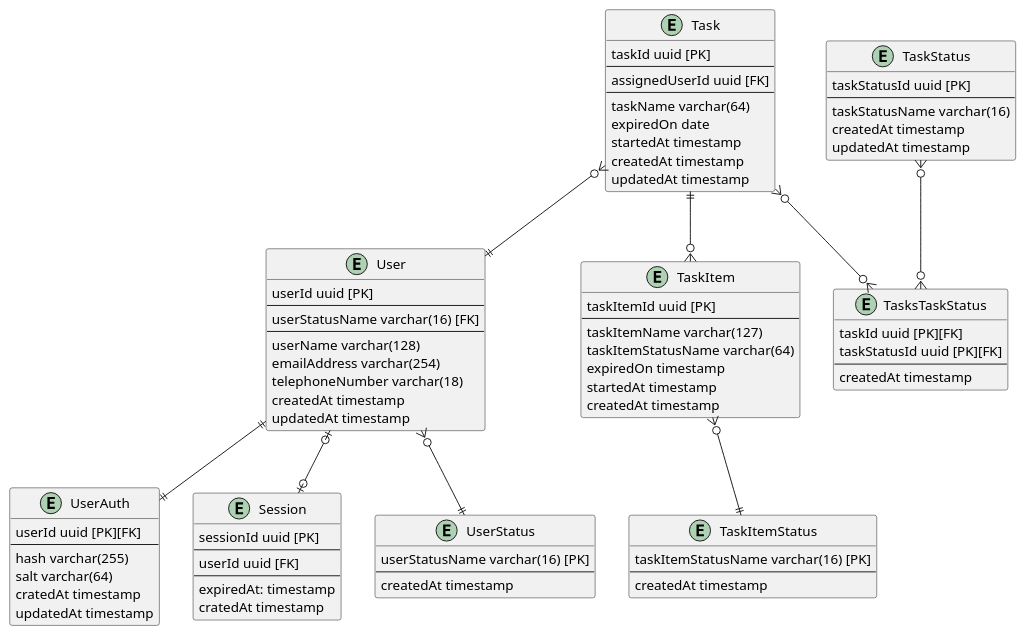
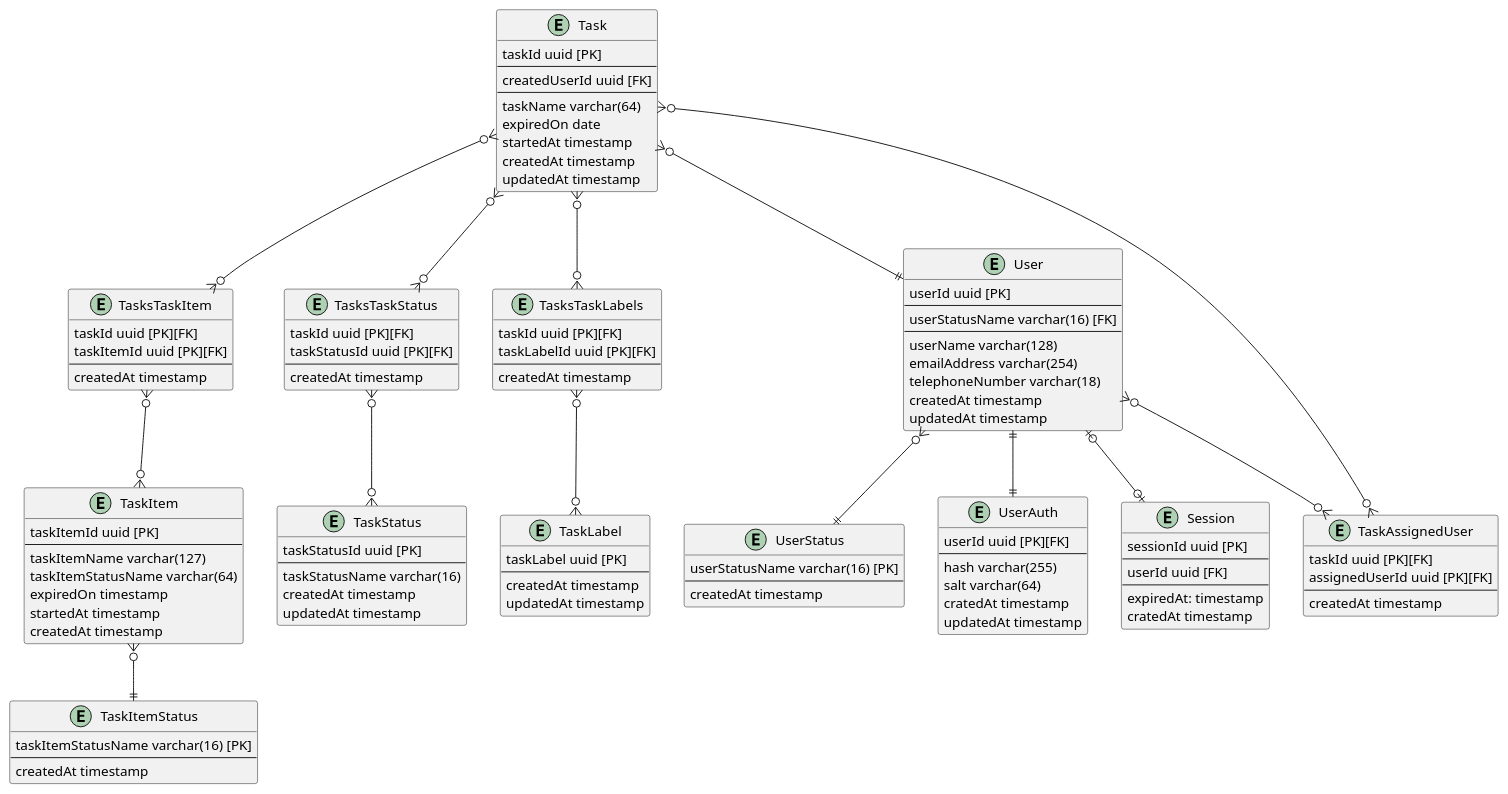
One commit to akima1001/task-management changed the diagram in doc/er.pu. Above: the diagram before and after it, drawn with PlantUML. The commit also changed 1 other file, not shown here.

```diff
--- a/doc/er.pu
+++ b/doc/er.pu
@@ -1,93 +1,134 @@
 @startuml er
 ' timestamp = timestamp with time zone
 
+' Task集約
 entity "Task" as t {
     taskId uuid [PK]
     --
-    assignedUserId uuid [FK]
+    createdUserId uuid [FK]
     --
     taskName varchar(64)
     expiredOn date
     startedAt timestamp
     createdAt timestamp
     updatedAt timestamp
 }
 
+entity "TaskItem" as t_i {
+    taskItemId uuid [PK]
+    --
+    taskItemName varchar(127)
+    taskItemStatusName varchar(64)
+    expiredOn timestamp
+    startedAt timestamp
+    createdAt timestamp
+}
+
+entity "TaskStatus" as t_s {
+    taskStatusId uuid [PK]
+    --
+    taskStatusName varchar(16)
+    createdAt timestamp
+    updatedAt timestamp
+}
+
+entity "TaskItemStatus" as t_i_s {
+    taskItemStatusName varchar(16) [PK]
+    --
+    createdAt timestamp
+}
+
+entity "TaskLabel" as t_l {
+    taskLabel uuid [PK]
+    --
+    createdAt timestamp
+    updatedAt timestamp
+}
+
+' 多対多
+entity "TasksTaskItem" as t_t_i {
+    taskId uuid [PK][FK]
+    taskItemId uuid [PK][FK]
+    --
+    createdAt timestamp
+}
+entity "TasksTaskStatus" as t_t_s {
+    taskId uuid [PK][FK]
+    taskStatusId uuid [PK][FK]
+    --
+    createdAt timestamp
+}
+entity "TasksTaskLabels" as t_t_l {
+    taskId uuid [PK][FK]
+    taskLabelId uuid [PK][FK]
+    --
+    createdAt timestamp
+}
+
+' User集約
 entity "User" as u {
     userId uuid [PK]
     --
     userStatusName varchar(16) [FK]
     --
     userName varchar(128)
     emailAddress varchar(254)
     telephoneNumber varchar(18)
     createdAt timestamp
     updatedAt timestamp
+}
+
+entity "UserStatus" as u_s {
+    userStatusName varchar(16) [PK]
+    --
+    createdAt timestamp
 }
 
 entity "UserAuth" as u_a {
     userId uuid [PK][FK]
     ---
     hash varchar(255)
     salt varchar(64)
     cratedAt timestamp
     updatedAt timestamp
 }
 
 entity "Session" as s {
     sessionId uuid [PK]
     ---
     userId uuid [FK]
     ---
     expiredAt: timestamp
     cratedAt timestamp
 }
 
-entity "UserStatus" as u_s {
-    userStatusName varchar(16) [PK]
+' 複合/横断
+' 多対多
+entity "TaskAssignedUser" as t_a_u {
+    taskId uuid [PK][FK]
+    assignedUserId uuid [PK][FK]
     --
     createdAt timestamp
 }
 
-
-entity "TaskStatus" as t_s {
-    taskStatusId uuid [PK]
-    --
-    taskStatusName varchar(16)
-    createdAt timestamp
-    updatedAt timestamp
-}
-
-entity "TasksTaskStatus" as t_t_s {
-    taskId uuid [PK][FK]
-    taskStatusId uuid [PK][FK]
-    --
-    createdAt timestamp
-}
-
-entity "TaskItem" as t_i {
-    taskItemId uuid [PK]
-    --
-    taskItemName varchar(127)
-    taskItemStatusName varchar(64)
-    expiredOn timestamp
-    startedAt timestamp
-    createdAt timestamp
-}
-
-entity "TaskItemStatus" as t_i_s {
-    taskItemStatusName varchar(16) [PK]
-    --
-    createdAt timestamp
-}
-
+' Task集約
+t_i }o--|| t_i_s
+' 多対多
+t }o--o{ t_t_s
+t_t_s }o--o{ t_s
+t }o--o{ t_t_i
+t_t_i }o--o{ t_i 
+t }o--o{ t_t_l
+t_t_l }o--o{ t_l
+' User集約
 u }o--|| u_s
 u ||--|| u_a
 u |o--o| s
-t }o--o{ t_t_s
-t ||--o{ t_i
+' 複合/横断
+' Task-User
 t }o--|| u
-t_s }o--o{ t_t_s
-t_i }o--|| t_i_s
+' 多対多
+t }o--o{ t_a_u
+u }o--o{ t_a_u 
 
 @enduml
```
